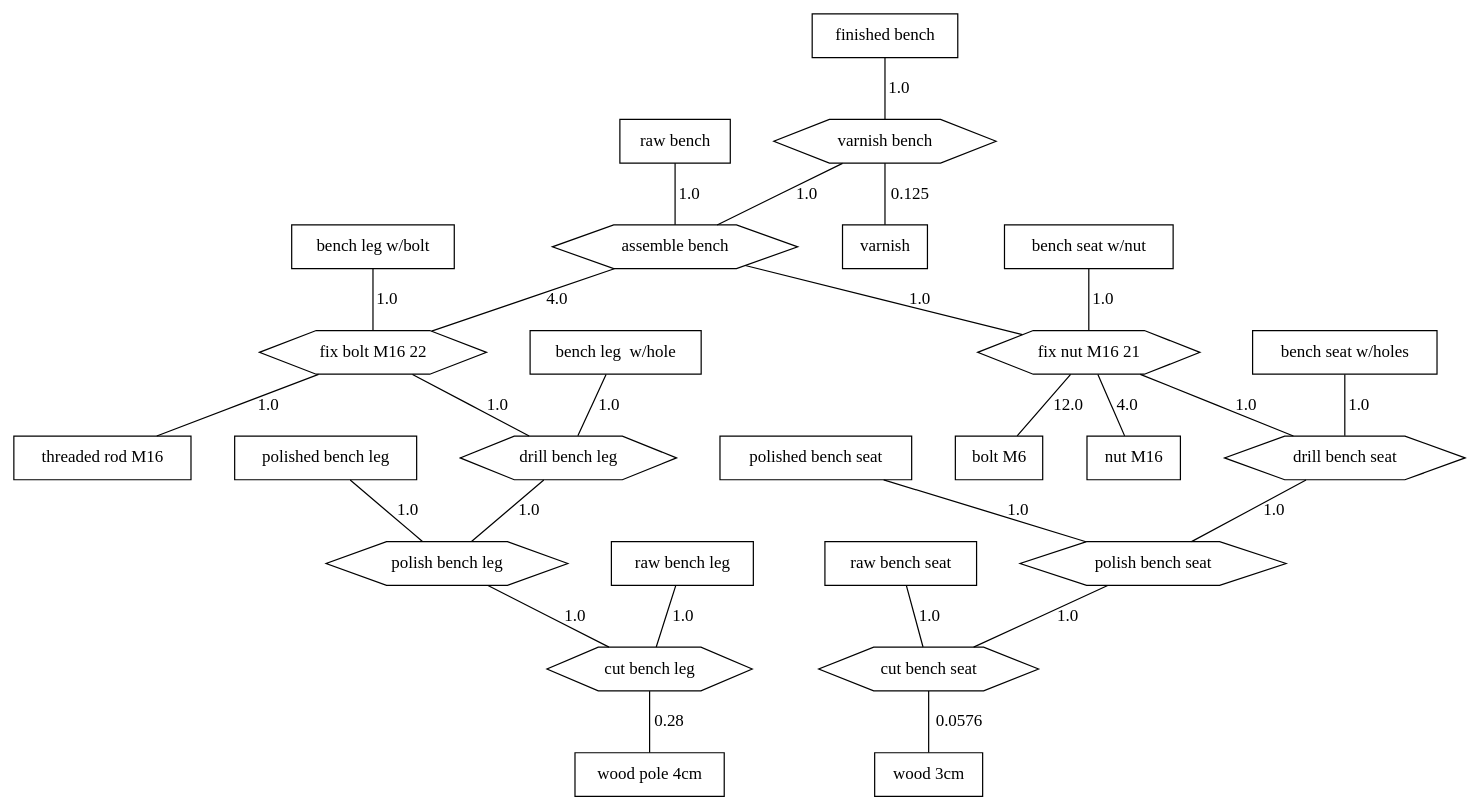
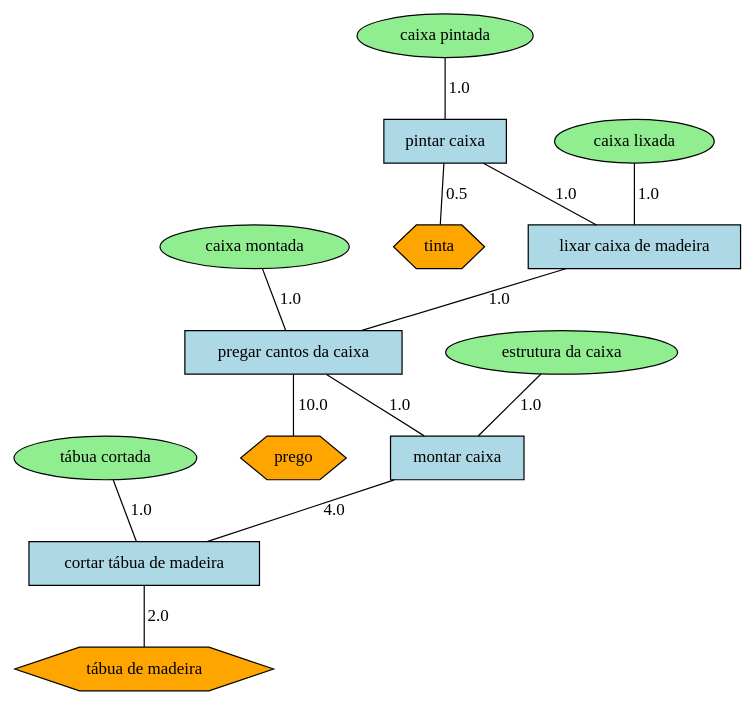
One commit to ricardomm7/buildflow changed the diagram in outFiles/production_tree.dot. Above: the diagram before and after it, drawn with Graphviz. The commit also changed 19 other files, not shown here.

```diff
--- a/outFiles/production_tree.dot
+++ b/outFiles/production_tree.dot
@@ -1,107 +1,49 @@
 graph G {
   splines=false;
   nodesep=0.5;
   ranksep=0.5;
-  "1001" [shape=box label="bench leg  w/hole"];
-  "1001" -- "14" [label="1.0"];
-  "14" [shape=hexagon label="drill bench leg"];
-  "14" -- "18" [label="1.0"];
-  "18" [shape=hexagon label="polish bench leg"];
-  "18" -- "12" [label="1.0"];
-  "12" [shape=hexagon label="cut bench leg"];
-  "12" -- "1016" [label="0.28"];
-  "1016" [shape=box label="wood pole 4cm"];
-  "1002" [shape=box label="bench leg w/bolt"];
-  "1002" -- "16" [label="1.0"];
-  "16" [shape=hexagon label="fix bolt M16 22"];
-  "16" -- "1013" [label="1.0"];
-  "1013" [shape=box label="threaded rod M16"];
-  "16" -- "14" [label="1.0"];
-  "14" [shape=hexagon label="drill bench leg"];
-  "18" [shape=hexagon label="polish bench leg"];
-  "12" [shape=hexagon label="cut bench leg"];
-  "1016" [shape=box label="wood pole 4cm"];
-  "1003" [shape=box label="bench seat w/holes"];
-  "1003" -- "15" [label="1.0"];
-  "15" [shape=hexagon label="drill bench seat "];
-  "15" -- "19" [label="1.0"];
-  "19" [shape=hexagon label="polish bench seat "];
-  "19" -- "13" [label="1.0"];
-  "13" [shape=hexagon label="cut bench seat"];
-  "13" -- "1015" [label="0.0576"];
-  "1015" [shape=box label="wood 3cm"];
-  "1004" [shape=box label="bench seat w/nut"];
-  "1004" -- "17" [label="1.0"];
-  "17" [shape=hexagon label="fix nut M16 21"];
-  "17" -- "1005" [label="12.0"];
-  "1005" [shape=box label="bolt M6"];
-  "17" -- "1007" [label="4.0"];
-  "1007" [shape=box label="nut M16"];
-  "17" -- "15" [label="1.0"];
-  "15" [shape=hexagon label="drill bench seat "];
-  "19" [shape=hexagon label="polish bench seat "];
-  "13" [shape=hexagon label="cut bench seat"];
-  "1015" [shape=box label="wood 3cm"];
-  "1005" [shape=box label="bolt M6"];
-  "1006" [shape=box label="finished bench"];
-  "1006" -- "20" [label="1.0"];
-  "20" [shape=hexagon label="varnish bench "];
-  "20" -- "11" [label="1.0"];
-  "11" [shape=hexagon label="assemble bench "];
-  "11" -- "16" [label="4.0"];
-  "16" [shape=hexagon label="fix bolt M16 22"];
-  "1013" [shape=box label="threaded rod M16"];
-  "14" [shape=hexagon label="drill bench leg"];
-  "18" [shape=hexagon label="polish bench leg"];
-  "12" [shape=hexagon label="cut bench leg"];
-  "1016" [shape=box label="wood pole 4cm"];
-  "11" -- "17" [label="1.0"];
-  "17" [shape=hexagon label="fix nut M16 21"];
-  "1005" [shape=box label="bolt M6"];
-  "1007" [shape=box label="nut M16"];
-  "15" [shape=hexagon label="drill bench seat "];
-  "19" [shape=hexagon label="polish bench seat "];
-  "13" [shape=hexagon label="cut bench seat"];
-  "1015" [shape=box label="wood 3cm"];
-  "20" -- "1014" [label="0.125"];
-  "1014" [shape=box label="varnish"];
-  "1007" [shape=box label="nut M16"];
-  "1008" [shape=box label="polished bench leg"];
-  "1008" -- "18" [label="1.0"];
-  "18" [shape=hexagon label="polish bench leg"];
-  "12" [shape=hexagon label="cut bench leg"];
-  "1016" [shape=box label="wood pole 4cm"];
-  "1009" [shape=box label="polished bench seat"];
-  "1009" -- "19" [label="1.0"];
-  "19" [shape=hexagon label="polish bench seat "];
-  "13" [shape=hexagon label="cut bench seat"];
-  "1015" [shape=box label="wood 3cm"];
-  "1010" [shape=box label="raw bench"];
-  "1010" -- "11" [label="1.0"];
-  "11" [shape=hexagon label="assemble bench "];
-  "16" [shape=hexagon label="fix bolt M16 22"];
-  "1013" [shape=box label="threaded rod M16"];
-  "14" [shape=hexagon label="drill bench leg"];
-  "18" [shape=hexagon label="polish bench leg"];
-  "12" [shape=hexagon label="cut bench leg"];
-  "1016" [shape=box label="wood pole 4cm"];
-  "17" [shape=hexagon label="fix nut M16 21"];
-  "1005" [shape=box label="bolt M6"];
-  "1007" [shape=box label="nut M16"];
-  "15" [shape=hexagon label="drill bench seat "];
-  "19" [shape=hexagon label="polish bench seat "];
-  "13" [shape=hexagon label="cut bench seat"];
-  "1015" [shape=box label="wood 3cm"];
-  "1011" [shape=box label="raw bench leg"];
-  "1011" -- "12" [label="1.0"];
-  "12" [shape=hexagon label="cut bench leg"];
-  "1016" [shape=box label="wood pole 4cm"];
-  "1012" [shape=box label="raw bench seat"];
-  "1012" -- "13" [label="1.0"];
-  "13" [shape=hexagon label="cut bench seat"];
-  "1015" [shape=box label="wood 3cm"];
-  "1013" [shape=box label="threaded rod M16"];
-  "1014" [shape=box label="varnish"];
-  "1015" [shape=box label="wood 3cm"];
-  "1016" [shape=box label="wood pole 4cm"];
+  "2001" [shape=hexagon style=filled fillcolor=orange label="tábua de madeira"];
+  "2002" [shape=ellipse style=filled fillcolor=lightgreen label="tábua cortada"];
+  "2002" -- "1" [label="1.0"];
+  "1" [shape=rect style=filled fillcolor=lightblue label="cortar tábua de madeira"];
+  "1" -- "2001" [label="2.0"];
+  "2001" [shape=hexagon style=filled fillcolor=orange label="tábua de madeira"];
+  "2003" [shape=ellipse style=filled fillcolor=lightgreen label="estrutura da caixa"];
+  "2003" -- "2" [label="1.0"];
+  "2" [shape=rect style=filled fillcolor=lightblue label="montar caixa"];
+  "2" -- "1" [label="4.0"];
+  "1" [shape=rect style=filled fillcolor=lightblue label="cortar tábua de madeira"];
+  "2001" [shape=hexagon style=filled fillcolor=orange label="tábua de madeira"];
+  "2004" [shape=hexagon style=filled fillcolor=orange label="prego"];
+  "2005" [shape=ellipse style=filled fillcolor=lightgreen label="caixa montada"];
+  "2005" -- "3" [label="1.0"];
+  "3" [shape=rect style=filled fillcolor=lightblue label="pregar cantos da caixa"];
+  "3" -- "2004" [label="10.0"];
+  "2004" [shape=hexagon style=filled fillcolor=orange label="prego"];
+  "3" -- "2" [label="1.0"];
+  "2" [shape=rect style=filled fillcolor=lightblue label="montar caixa"];
+  "1" [shape=rect style=filled fillcolor=lightblue label="cortar tábua de madeira"];
+  "2001" [shape=hexagon style=filled fillcolor=orange label="tábua de madeira"];
+  "2006" [shape=ellipse style=filled fillcolor=lightgreen label="caixa pintada"];
+  "2006" -- "5" [label="1.0"];
+  "5" [shape=rect style=filled fillcolor=lightblue label="pintar caixa"];
+  "5" -- "4" [label="1.0"];
+  "4" [shape=rect style=filled fillcolor=lightblue label="lixar caixa de madeira"];
+  "4" -- "3" [label="1.0"];
+  "3" [shape=rect style=filled fillcolor=lightblue label="pregar cantos da caixa"];
+  "2004" [shape=hexagon style=filled fillcolor=orange label="prego"];
+  "2" [shape=rect style=filled fillcolor=lightblue label="montar caixa"];
+  "1" [shape=rect style=filled fillcolor=lightblue label="cortar tábua de madeira"];
+  "2001" [shape=hexagon style=filled fillcolor=orange label="tábua de madeira"];
+  "5" -- "2008" [label="0.5"];
+  "2008" [shape=hexagon style=filled fillcolor=orange label="tinta"];
+  "2007" [shape=ellipse style=filled fillcolor=lightgreen label="caixa lixada"];
+  "2007" -- "4" [label="1.0"];
+  "4" [shape=rect style=filled fillcolor=lightblue label="lixar caixa de madeira"];
+  "3" [shape=rect style=filled fillcolor=lightblue label="pregar cantos da caixa"];
+  "2004" [shape=hexagon style=filled fillcolor=orange label="prego"];
+  "2" [shape=rect style=filled fillcolor=lightblue label="montar caixa"];
+  "1" [shape=rect style=filled fillcolor=lightblue label="cortar tábua de madeira"];
+  "2001" [shape=hexagon style=filled fillcolor=orange label="tábua de madeira"];
+  "2008" [shape=hexagon style=filled fillcolor=orange label="tinta"];
 }
```
